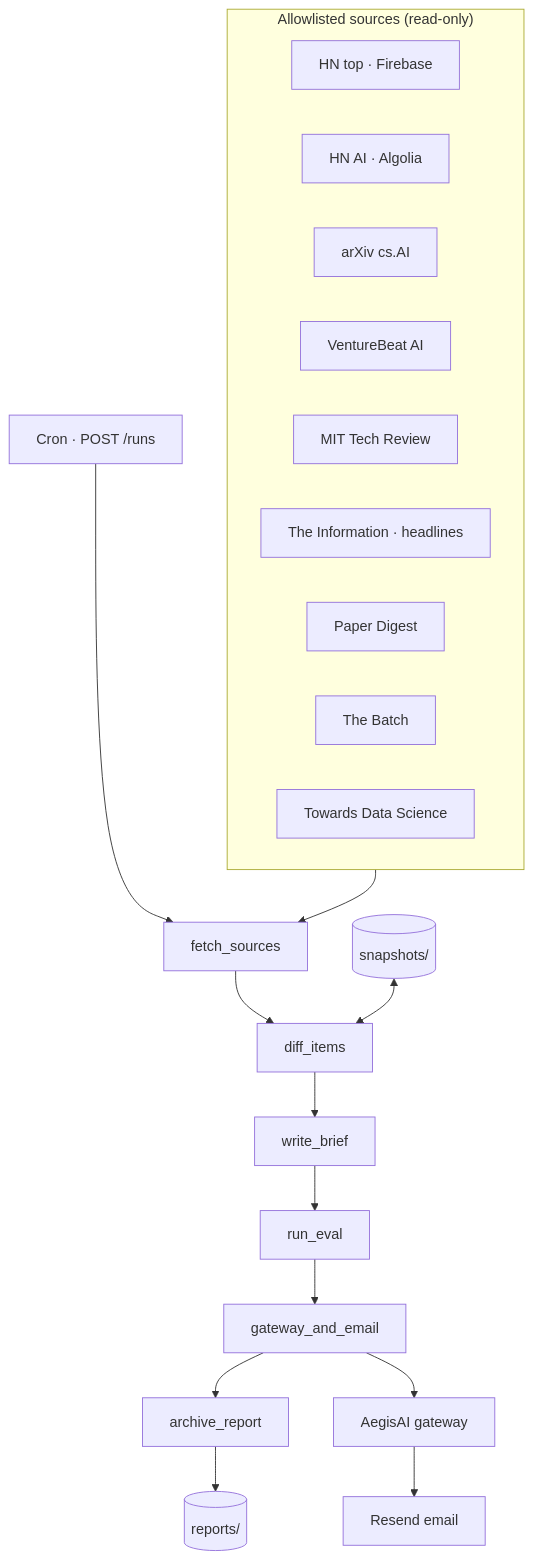
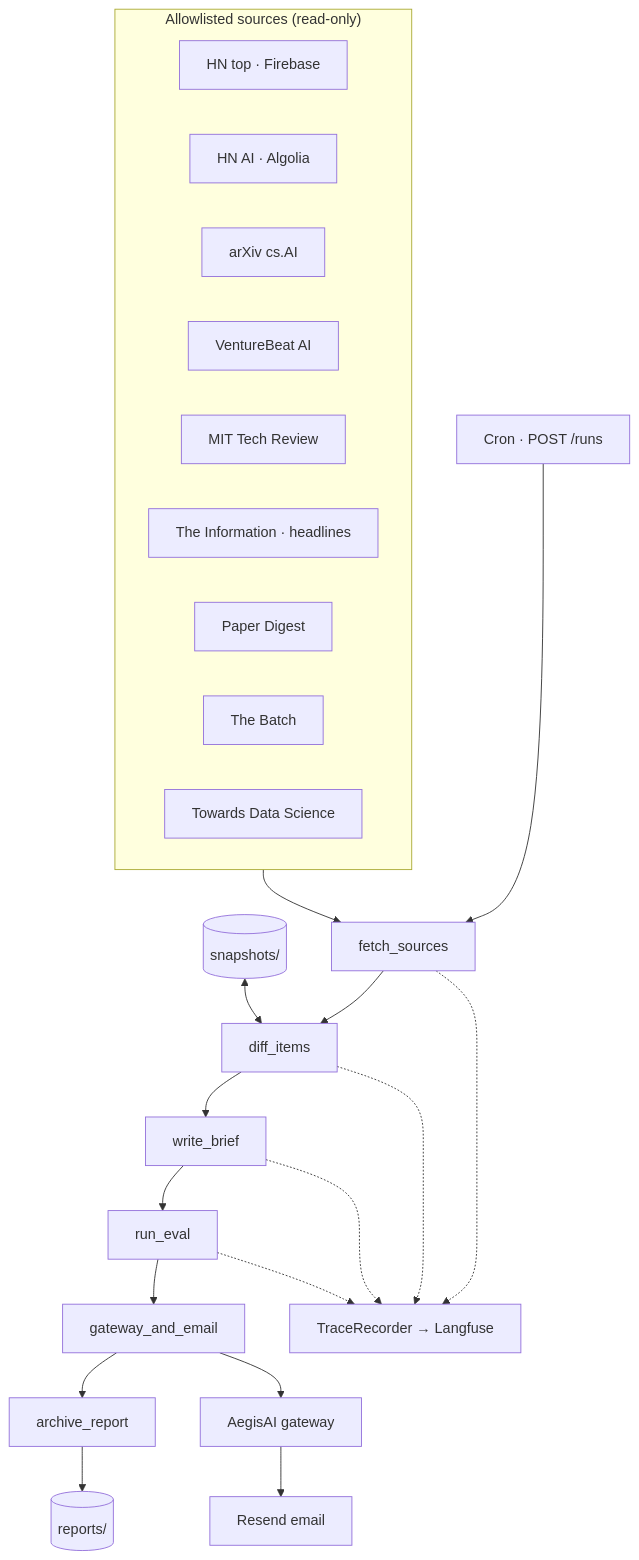
The diagram in README.md (vpeetla-ai/sentinel-brief), drawn with Mermaid before and after one commit. The commit also changed 1 other file, not shown here.

Commit message:
Add trace-linked LLMOps layer to canonical architecture diagram.

````diff
--- a/README.md
+++ b/README.md
@@ -38,26 +38,27 @@
 ```mermaid
 flowchart TB
   CRON["Cron · POST /runs"] --> FETCH[fetch_sources]
   FETCH --> DIFF[diff_items]
   DIFF --> BRIEF[write_brief]
   BRIEF --> EVAL[run_eval]
   EVAL --> GW[gateway_and_email]
   GW --> ARCH[archive_report]
 
   subgraph sources["Allowlisted sources (read-only)"]
     HN1[HN top · Firebase]
     HN2[HN AI · Algolia]
     ARX[arXiv cs.AI]
     VB[VentureBeat AI]
     MIT[MIT Tech Review]
     INFO[The Information · headlines]
     PD[Paper Digest]
     BATCH[The Batch]
     TDS[Towards Data Science]
   end
 
   sources --> FETCH
   SNAP[(snapshots/)] <--> DIFF
   ARCH --> REP[(reports/)]
   GW --> AEGIS[AegisAI gateway] --> MAIL[Resend email]
+  FETCH & DIFF & BRIEF & EVAL -.-> OBS["TraceRecorder → Langfuse"]
 ```
````
